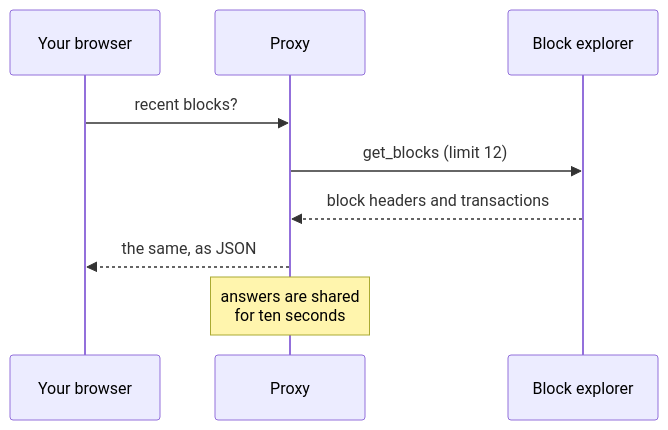
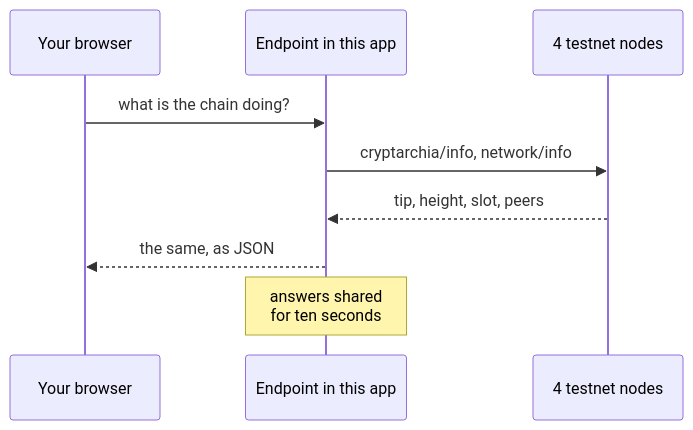
One commit to logos-co/logos-co changed the second of 2 diagrams in apps/logos-demos/src/demos/blockchain/how-it-works.md. Above: the diagram before and after it, drawn with Mermaid. The commit also changed other lines of this file and 23 other files, not shown here.

````diff
--- a/apps/logos-demos/src/demos/blockchain/how-it-works.md
+++ b/apps/logos-demos/src/demos/blockchain/how-it-works.md
@@ -38,12 +41,12 @@
 ```mermaid
 sequenceDiagram
   participant B as Your browser
-  participant P as Proxy
-  participant E as Block explorer
+  participant A as Endpoint in this app
+  participant N as 4 testnet nodes
 
-  B->>P: recent blocks?
-  P->>E: get_blocks (limit 12)
-  E-->>P: block headers and transactions
-  P-->>B: the same, as JSON
-  Note over P: answers are shared<br/>for ten seconds
+  B->>A: what is the chain doing?
+  A->>N: cryptarchia/info, network/info
+  N-->>A: tip, height, slot, peers
+  A-->>B: the same, as JSON
+  Note over A: answers shared<br/>for ten seconds
 ```
````
